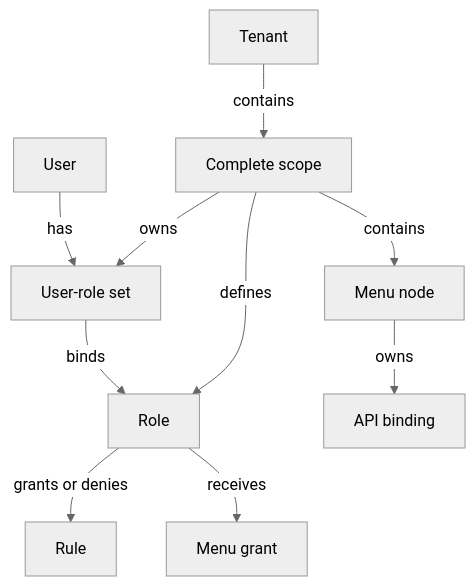
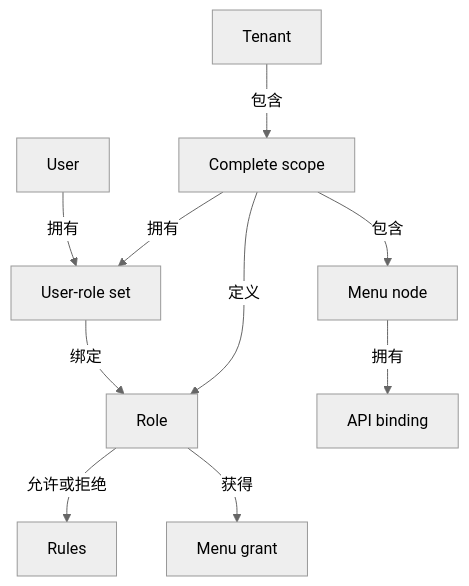
Before and after one commit to vextjs/permission-core: the diagram in website/docs/guide/multi-tenant.md, drawn with Mermaid (neutral theme). The commit also changed other lines of this file and 39 other files, not shown here.

````diff
--- a/website/docs/guide/multi-tenant.md
+++ b/website/docs/guide/multi-tenant.md
@@ -7,14 +10,14 @@
 ```mermaid
 flowchart TD
   accTitle: Tenant, user, role, menu, and API relationships
   accDescr: Each complete scope owns independent roles, user-role sets, rules, menu grants, menu nodes, and API bindings even when identifiers are reused in another tenant.
-  TENANT["Tenant"] -->|contains| SCOPE["Complete scope"]
-  SCOPE -->|defines| ROLE["Role"]
-  SCOPE -->|owns| USER_ROLE_SET["User-role set"]
-  USER["User"] -->|has| USER_ROLE_SET
-  USER_ROLE_SET -->|binds| ROLE
-  ROLE -->|grants or denies| RULE["Rule"]
-  ROLE -->|receives| MENU_GRANT["Menu grant"]
-  SCOPE -->|contains| MENU_NODE["Menu node"]
-  MENU_NODE -->|owns| API_BINDING["API binding"]
+  TENANT["Tenant"] -->|包含| SCOPE["Complete scope"]
+  SCOPE -->|定义| ROLE["Role"]
+  SCOPE -->|拥有| USER_ROLE_SET["User-role set"]
+  USER["User"] -->|拥有| USER_ROLE_SET
+  USER_ROLE_SET -->|绑定| ROLE
+  ROLE -->|允许或拒绝| RULE["Rules"]
+  ROLE -->|获得| MENU_GRANT["Menu grant"]
+  SCOPE -->|包含| MENU_NODE["Menu node"]
+  MENU_NODE -->|拥有| API_BINDING["API binding"]
 ```
````
